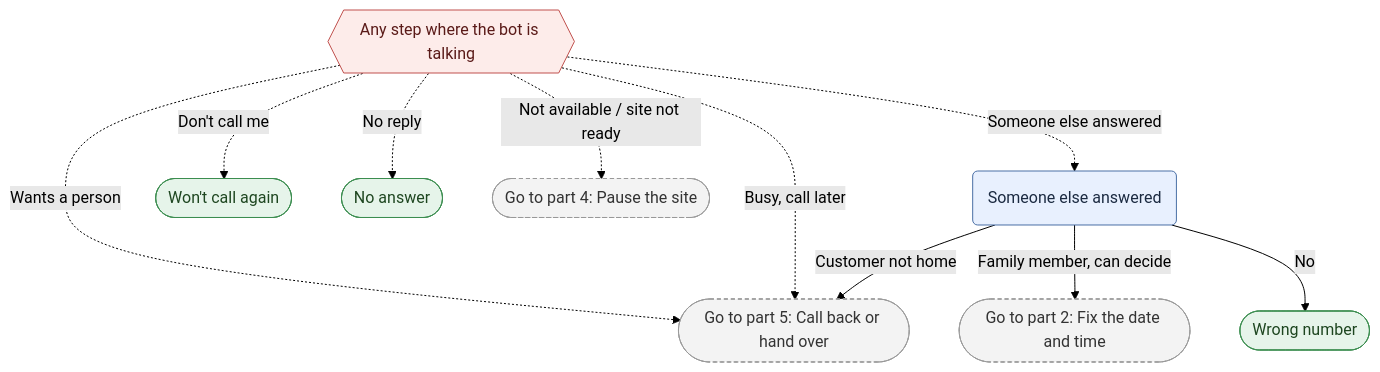
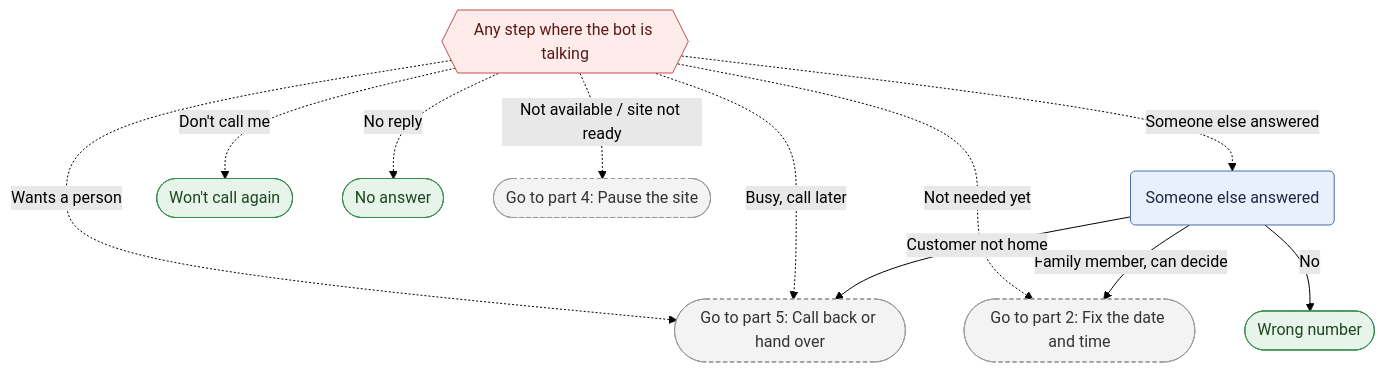
One commit to krupalvora-SSE/hackathon changed the seventh of 7 diagrams in flows/service-scheduling/README.md. Above: the diagram before and after it, drawn with Mermaid (forest theme). The commit also changed other lines of this file and 19 other files, not shown here.

First line of the commit message:
SSE-15527: Rework the scheduling flow from 4 sample calls (flow v0.3.0)

````diff
--- a/flows/service-scheduling/README.md
+++ b/flows/service-scheduling/README.md
@@ -269,25 +288,26 @@
 ```mermaid
 flowchart TD
   WRONG_PERSON("Someone else answered"):::talk
   WRONG_NUMBER_CLOSE(["Wrong number"]):::terminal
   DNC_CLOSE(["Won't call again"]):::terminal
   NO_ANSWER_CLOSE(["No answer"]):::terminal
   WRONG_PERSON -->|"Family member, can decide"| OUT_slot
   WRONG_PERSON -->|"Customer not home"| OUT_later
   WRONG_PERSON -->|"No"| WRONG_NUMBER_CLOSE
   ANY{{"Any step where the bot is talking"}}:::any
   ANY -.->|"Not available / site not ready"| OUT_hold
   ANY -.->|"Busy, call later"| OUT_later
   ANY -.->|"Wants a person"| OUT_later
   ANY -.->|"Don't call me"| DNC_CLOSE
   ANY -.->|"Someone else answered"| WRONG_PERSON
+  ANY -.->|"Not needed yet"| OUT_slot
   ANY -.->|"No reply"| NO_ANSWER_CLOSE
   OUT_slot(["Go to part 2: Fix the date and time"]):::jump
   OUT_later(["Go to part 5: Call back or hand over"]):::jump
   OUT_hold(["Go to part 4: Pause the site"]):::jump
   classDef talk fill:#E8F0FE,stroke:#4A6FA5,color:#1B2A41
   classDef system fill:#FFF4E0,stroke:#C98A1B,color:#4A3200
   classDef terminal fill:#E6F4EA,stroke:#3C8D50,color:#1E4620
   classDef jump fill:#F3F3F3,stroke:#999,color:#333,stroke-dasharray:4 3
   classDef any fill:#FDECEA,stroke:#C0504D,color:#5A1A18
 ```
````
